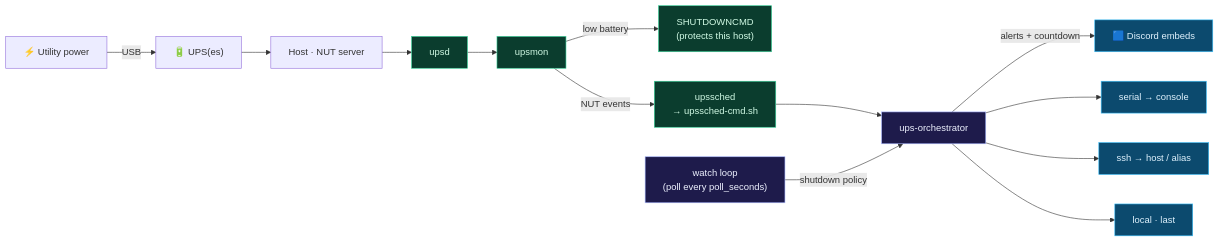
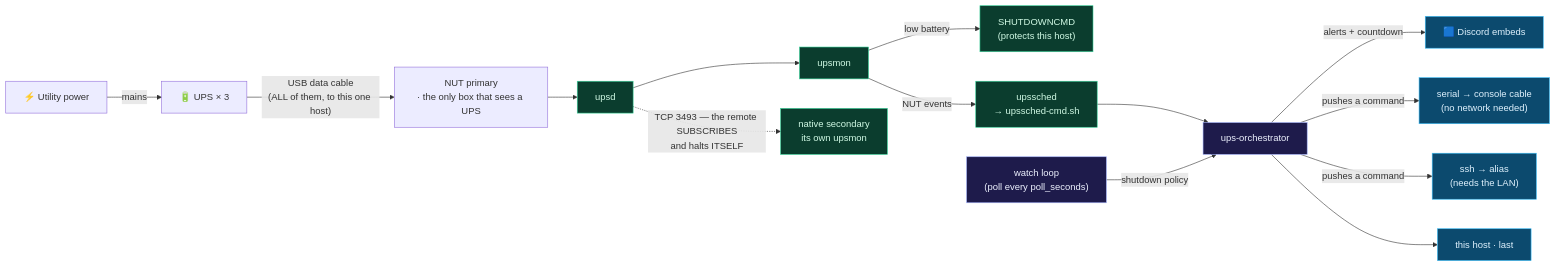
One commit to kleinpanic/ups-orchestrator changed the second of 3 diagrams in README.md. Above: the diagram before and after it, drawn with Mermaid. The commit also changed other lines of this file and 8 other files, not shown here.

````diff
--- a/README.md
+++ b/README.md
@@ -96,23 +191,25 @@
 ```mermaid
 flowchart LR
-    PWR["⚡ Utility power"] -->|USB| UPS["🔋 UPS(es)"]
-    UPS --> HOST["Host · NUT server"]
+    PWR["⚡ Utility power"] -->|mains| UPS["🔋 UPS × 3"]
+    UPS -->|"USB data cable<br/>(ALL of them, to this one host)"| HOST["NUT primary<br/>· the only box that sees a UPS"]
     HOST --> UPSD["upsd"] --> UPSMON["upsmon"]
 
     UPSMON -->|low battery| SDC["SHUTDOWNCMD<br/>(protects this host)"]
     UPSMON -->|"NUT events"| SCHED["upssched<br/>→ upssched-cmd.sh"]
     SCHED --> ORCH["ups-orchestrator"]
     WATCH["watch loop<br/>(poll every poll_seconds)"] -->|"shutdown policy"| ORCH
 
     ORCH -->|"alerts + countdown"| DISCORD["🟦 Discord embeds"]
-    ORCH --> SER["serial → console"]
-    ORCH --> SSHX["ssh → host / alias"]
-    ORCH --> LOC["local · last"]
+    ORCH -->|"pushes a command"| SER["serial → console cable<br/>(no network needed)"]
+    ORCH -->|"pushes a command"| SSHX["ssh → alias<br/>(needs the LAN)"]
+    ORCH --> LOC["this host · last"]
+
+    UPSD -.->|"TCP 3493 — the remote SUBSCRIBES<br/>and halts ITSELF"| NAT["native secondary<br/>its own upsmon"]
 
     classDef nut fill:#0b3d2e,stroke:#34d399,color:#d1fae5;
     classDef orch fill:#1e1b4b,stroke:#a5b4fc,color:#eef2ff;
     classDef sink fill:#0c4a6e,stroke:#38bdf8,color:#e0f2fe;
-    class UPSD,UPSMON,SCHED,SDC nut
+    class UPSD,UPSMON,SCHED,SDC,NAT nut
     class ORCH,WATCH orch
     class DISCORD,SER,SSHX,LOC sink
 ```
````
